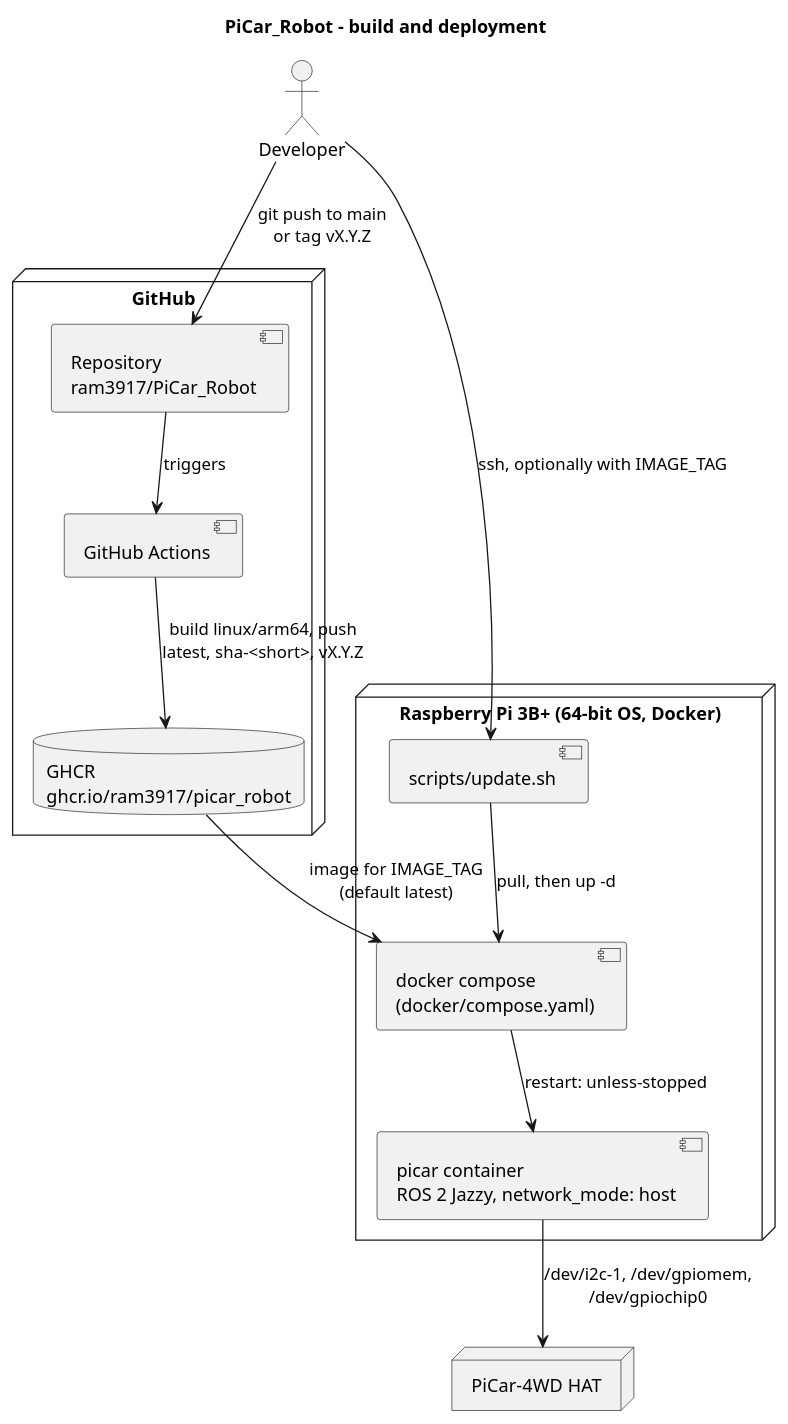
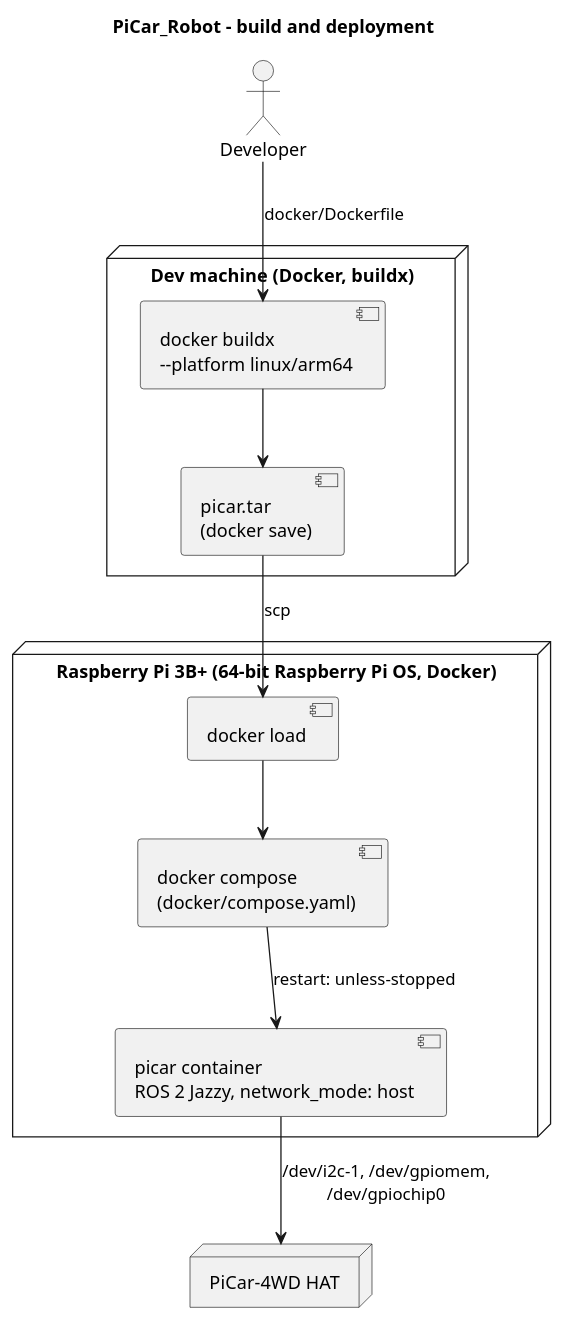
One commit to ram3917/PiCar_Robot changed the diagram in docs/deployment.puml. Above: the diagram before and after it, drawn with PlantUML. The commit also changed 81 other files, not shown here.

```diff
--- a/docs/deployment.puml
+++ b/docs/deployment.puml
@@ -1,29 +1,26 @@
 @startuml deployment
 title PiCar_Robot - build and deployment
 
 actor Developer
 
-node "GitHub" {
-  component "Repository\nram3917/PiCar_Robot" as repo
-  component "GitHub Actions" as ci
-  database "GHCR\nghcr.io/ram3917/picar_robot" as ghcr
+node "Dev machine (Docker, buildx)" as dev {
+  component "docker buildx\n--platform linux/arm64" as build
+  component "picar.tar\n(docker save)" as tar
 }
 
-node "Raspberry Pi 3B+ (64-bit OS, Docker)" as pi {
-  component "scripts/update.sh" as update
+node "Raspberry Pi 3B+ (64-bit Raspberry Pi OS, Docker)" as pi {
+  component "docker load" as load
   component "docker compose\n(docker/compose.yaml)" as compose
   component "picar container\nROS 2 Jazzy, network_mode: host" as container
 }
 
 node "PiCar-4WD HAT" as hat
 
-Developer --> repo : git push to main\nor tag vX.Y.Z
-repo --> ci : triggers
-ci --> ghcr : build linux/arm64, push\nlatest, sha-<short>, vX.Y.Z
-Developer --> update : ssh, optionally with IMAGE_TAG
-update --> compose : pull, then up -d
-ghcr --> compose : image for IMAGE_TAG\n(default latest)
+Developer --> build : docker/Dockerfile
+build --> tar
+tar --> load : scp
+load --> compose
 compose --> container : restart: unless-stopped
 container --> hat : /dev/i2c-1, /dev/gpiomem,\n/dev/gpiochip0
 
 @enduml
```
